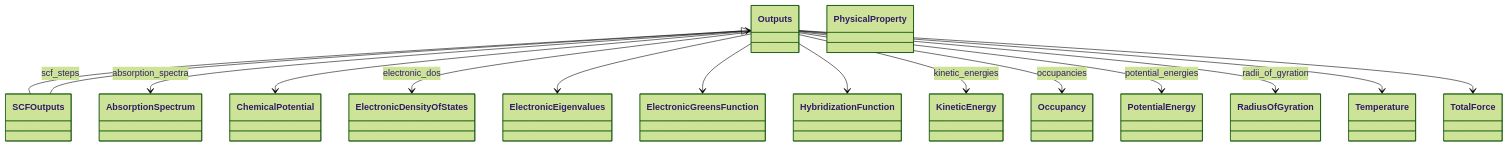
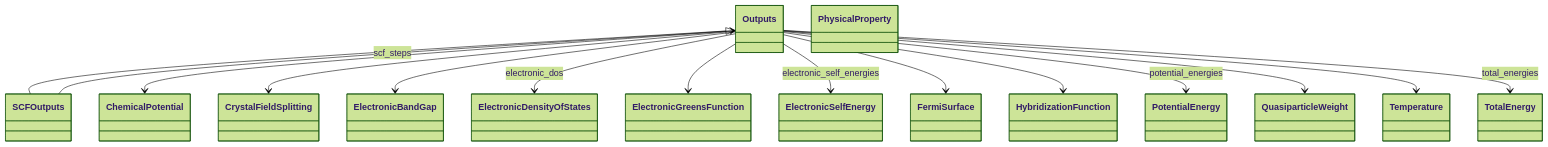
The first of 2 diagrams in docs/schema/outputs.diagram.md (FAIRmat-NFDI/nomad-simulations), drawn with Mermaid (forest theme) before and after one commit. The commit also changed 8 other files, not shown here.

````diff
--- a/docs/schema/outputs.diagram.md
+++ b/docs/schema/outputs.diagram.md
@@ -15,47 +15,47 @@
 ```mermaid
 classDiagram
-    class AbsorptionSpectrum {
+    class ChemicalPotential {
     }
-    class ChemicalPotential {
+    class CrystalFieldSplitting {
+    }
+    class ElectronicBandGap {
     }
     class ElectronicDensityOfStates {
     }
-    class ElectronicEigenvalues {
-    }
     class ElectronicGreensFunction {
     }
+    class ElectronicSelfEnergy {
+    }
+    class FermiSurface {
+    }
     class HybridizationFunction {
-    }
-    class KineticEnergy {
-    }
-    class Occupancy {
     }
     class Outputs {
     }
     class PhysicalProperty {
     }
     class PotentialEnergy {
     }
-    class RadiusOfGyration {
+    class QuasiparticleWeight {
     }
     class SCFOutputs {
     }
     class Temperature {
     }
-    class TotalForce {
+    class TotalEnergy {
     }
     Outputs <|-- SCFOutputs
-    Outputs --> AbsorptionSpectrum : absorption_spectra
     Outputs --> ChemicalPotential
+    Outputs --> CrystalFieldSplitting
+    Outputs --> ElectronicBandGap
     Outputs --> ElectronicDensityOfStates : electronic_dos
-    Outputs --> ElectronicEigenvalues
     Outputs --> ElectronicGreensFunction
+    Outputs --> ElectronicSelfEnergy : electronic_self_energies
+    Outputs --> FermiSurface
     Outputs --> HybridizationFunction
-    Outputs --> KineticEnergy : kinetic_energies
-    Outputs --> Occupancy : occupancies
     Outputs --> PotentialEnergy : potential_energies
-    Outputs --> RadiusOfGyration : radii_of_gyration
+    Outputs --> QuasiparticleWeight
     Outputs --> Temperature
-    Outputs --> TotalForce
+    Outputs --> TotalEnergy : total_energies
     SCFOutputs --> Outputs : scf_steps
 ```
````
